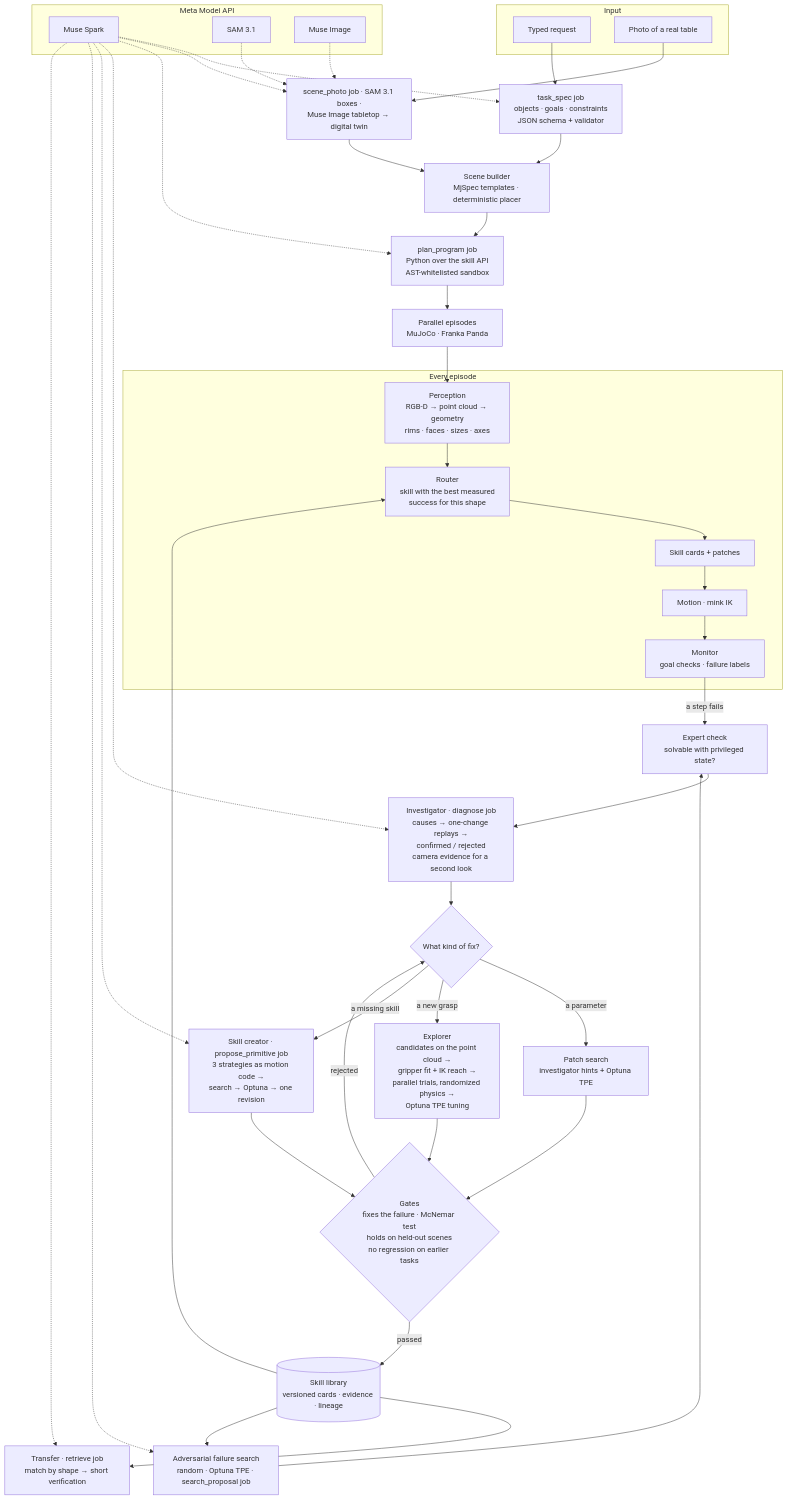
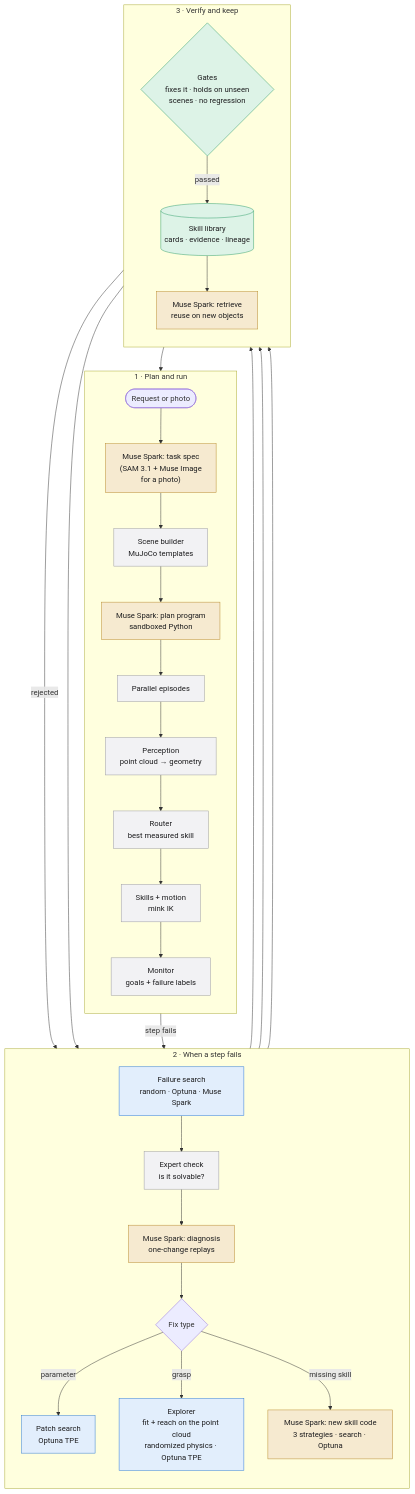
The first of 2 diagrams in README.md (0xE1G/sensei), drawn with Mermaid before and after one commit. The commit also changed other lines of this file, not shown here.

Commit message:
README: cleaner core-engine diagram (three stages, colour-coded, no crossing edges)

````diff
--- a/README.md
+++ b/README.md
@@ -74,56 +74,48 @@
 ```mermaid
 flowchart TB
-    subgraph IN["Input"]
-        REQ["Typed request"]
-        PHOTO["Photo of a real table"]
+    classDef spark fill:#f6ead0,stroke:#b8892d,color:#1d1d1f
+    classDef search fill:#e2eefc,stroke:#2a78d6,color:#1d1d1f
+    classDef gate fill:#ddf3e7,stroke:#2f9e6a,color:#1d1d1f
+    classDef sim fill:#f2f2f4,stroke:#9a9aa2,color:#1d1d1f
+
+    subgraph S1["1 · Plan and run"]
+        direction TB
+        REQ(["Request or photo"]) --> TS["Muse Spark: task spec<br/>(SAM 3.1 + Muse Image<br/>for a photo)"]
+        TS --> SC["Scene builder<br/>MuJoCo templates"]
+        SC --> PL["Muse Spark: plan program<br/>sandboxed Python"]
+        PL --> EPI["Parallel episodes"]
+        EPI --> PER["Perception<br/>point cloud → geometry"]
+        PER --> RT["Router<br/>best measured skill"]
+        RT --> MOT["Skills + motion<br/>mink IK"]
+        MOT --> MON["Monitor<br/>goals + failure labels"]
     end
 
-    subgraph META["Meta Model API"]
-        SPARK["Muse Spark"]
-        SAM["SAM 3.1"]
-        MIMG["Muse Image"]
+    subgraph S2["2 · When a step fails"]
+        direction TB
+        FS["Failure search<br/>random · Optuna · Muse Spark"] --> ORC["Expert check<br/>is it solvable?"]
+        ORC --> INV["Muse Spark: diagnosis<br/>one-change replays"]
+        INV --> K{"Fix type"}
+        K -- parameter --> PA["Patch search<br/>Optuna TPE"]
+        K -- grasp --> EX["Explorer<br/>fit + reach on the point cloud<br/>randomized physics · Optuna TPE"]
+        K -- missing skill --> CR["Muse Spark: new skill code<br/>3 strategies · search · Optuna"]
     end
 
-    REQ --> TS["task_spec job<br/>objects · goals · constraints<br/>JSON schema + validator"]
-    PHOTO --> SP["scene_photo job · SAM 3.1 boxes ·<br/>Muse Image tabletop → digital twin"]
-    TS --> SCENE["Scene builder<br/>MjSpec templates · deterministic placer"]
-    SP --> SCENE
-    SCENE --> PLAN["plan_program job<br/>Python over the skill API<br/>AST-whitelisted sandbox"]
-    PLAN --> RUN["Parallel episodes<br/>MuJoCo · Franka Panda"]
+    subgraph S3["3 · Verify and keep"]
+        direction TB
+        G{"Gates<br/>fixes it · holds on unseen<br/>scenes · no regression"} -- passed --> LIB[("Skill library<br/>cards · evidence · lineage")]
+        LIB --> TR["Muse Spark: retrieve<br/>reuse on new objects"]
+    end
 
-    subgraph EP["Every episode"]
-        PERC["Perception<br/>RGB-D → point cloud → geometry<br/>rims · faces · sizes · axes"]
-        ROUTE["Router<br/>skill with the best measured<br/>success for this shape"]
-        SKILL["Skill cards + patches"]
-        MOT["Motion · mink IK"]
-        MON["Monitor<br/>goal checks · failure labels"]
-        PERC --> ROUTE --> SKILL --> MOT --> MON
-    end
-    RUN --> PERC
-
-    MON -- "a step fails" --> ORC["Expert check<br/>solvable with privileged state?"]
-    FS["Adversarial failure search<br/>random · Optuna TPE · search_proposal job"] --> ORC
-    ORC --> INV["Investigator · diagnose job<br/>causes → one-change replays →<br/>confirmed / rejected<br/>camera evidence for a second look"]
-    INV --> KIND{"What kind of fix?"}
-    KIND -- "a parameter" --> PATCH["Patch search<br/>investigator hints + Optuna TPE"]
-    KIND -- "a new grasp" --> EXP["Explorer<br/>candidates on the point cloud →<br/>gripper fit + IK reach →<br/>parallel trials, randomized physics →<br/>Optuna TPE tuning"]
-    KIND -- "a missing skill" --> CRE["Skill creator · propose_primitive job<br/>3 strategies as motion code →<br/>search → Optuna → one revision"]
-    PATCH --> GATE{"Gates<br/>fixes the failure · McNemar test<br/>holds on held-out scenes<br/>no regression on earlier tasks"}
-    EXP --> GATE
-    CRE --> GATE
-    GATE -- "rejected" --> KIND
-    GATE -- "passed" --> LIB[("Skill library<br/>versioned cards · evidence · lineage")]
-    LIB --> ROUTE
-    LIB --> TR["Transfer · retrieve job<br/>match by shape → short verification"]
+    MON -- "step fails" --> ORC
+    PA --> G
+    EX --> G
+    CR --> G
+    G -- rejected --> K
+    LIB --> RT
     LIB --> FS
 
-    SPARK -.-> TS
-    SPARK -.-> SP
-    SAM -.-> SP
-    MIMG -.-> SP
-    SPARK -.-> PLAN
-    SPARK -.-> INV
-    SPARK -.-> CRE
-    SPARK -.-> FS
-    SPARK -.-> TR
+    class TS,PL,INV,CR,TR spark
+    class FS,PA,EX search
+    class G,LIB gate
+    class SC,EPI,PER,RT,MOT,MON,ORC sim
 ```
````
